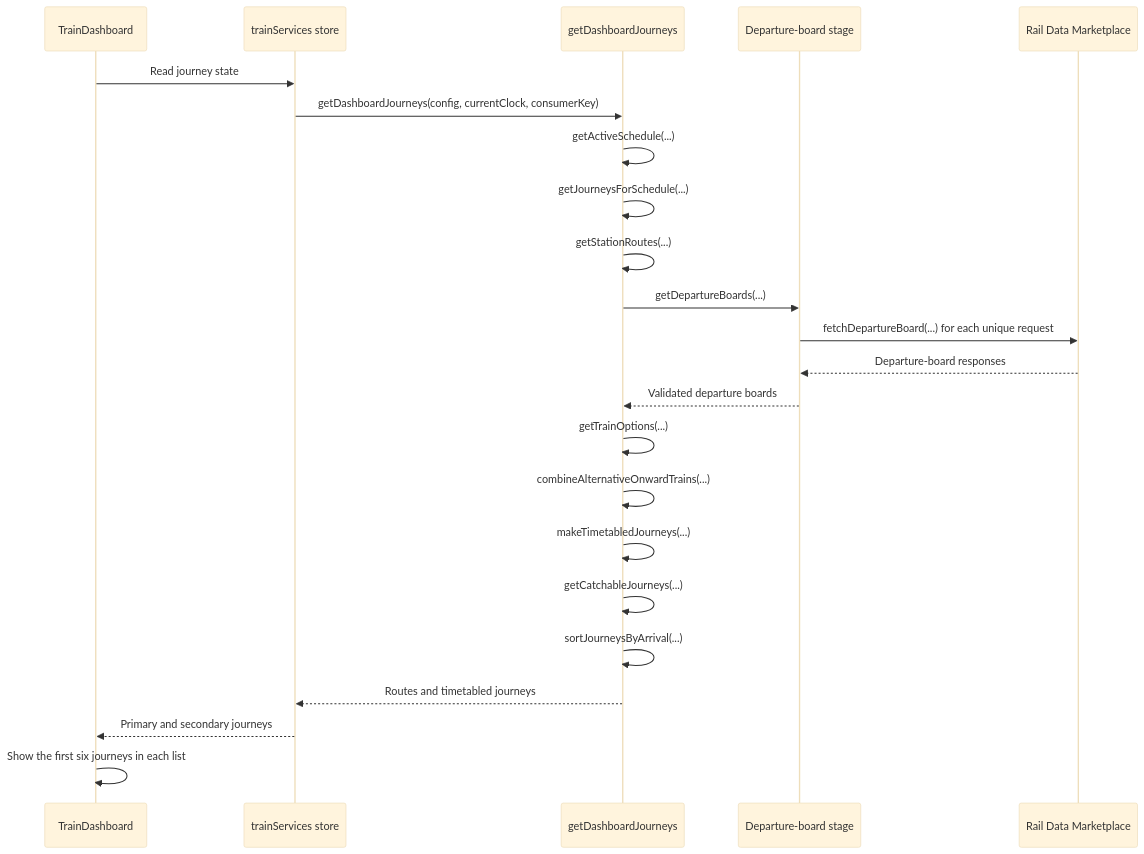
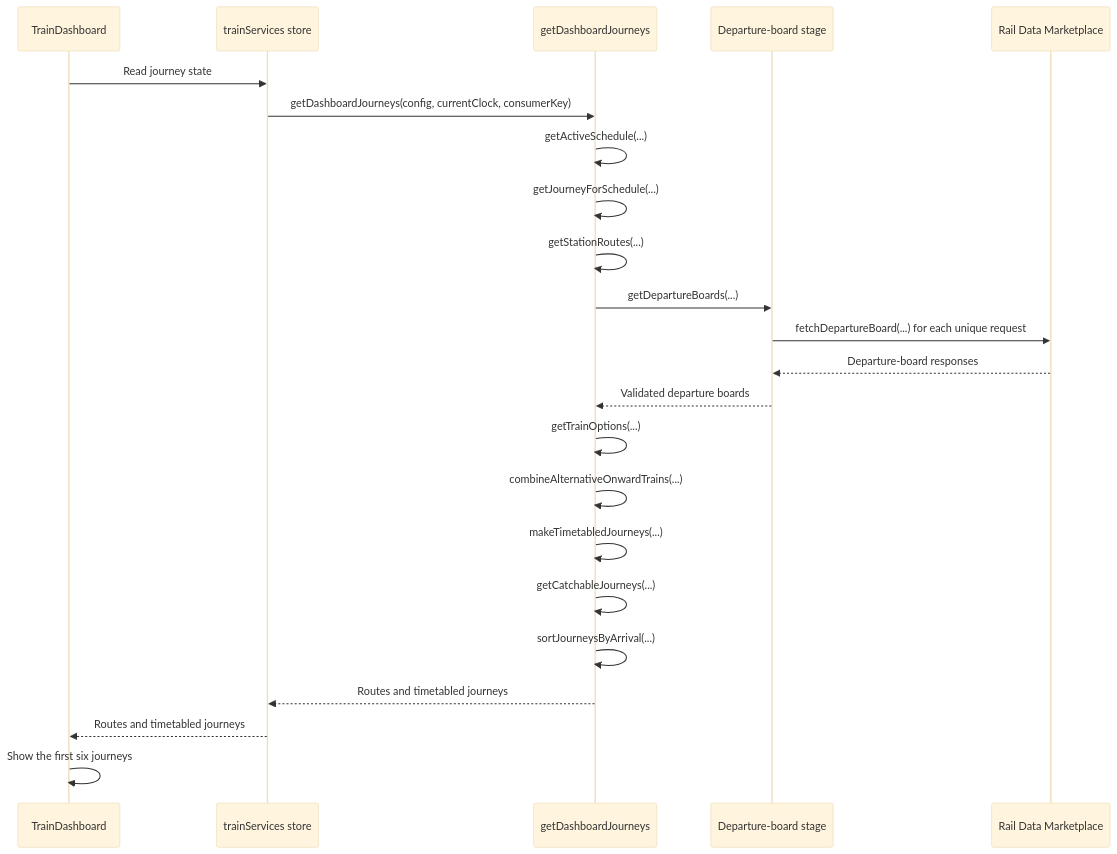
The first of 2 diagrams in docs/journey-planning.md (nd9600/trainDashboard), drawn with Mermaid (base theme) before and after one commit. The commit also changed other lines of this file and 19 other files, not shown here.

Commit message:
removed secondary journeys

````diff
--- a/docs/journey-planning.md
+++ b/docs/journey-planning.md
@@ -31,26 +31,26 @@
 ```mermaid
 sequenceDiagram
     participant UI as TrainDashboard
     participant Store as trainServices store
     participant Pipeline as getDashboardJourneys
     participant Boards as Departure-board stage
     participant API as Rail Data Marketplace
 
     UI->>Store: Read journey state
     Store->>Pipeline: getDashboardJourneys(config, currentClock, consumerKey)
     Pipeline->>Pipeline: getActiveSchedule(...)
-    Pipeline->>Pipeline: getJourneysForSchedule(...)
+    Pipeline->>Pipeline: getJourneyForSchedule(...)
     Pipeline->>Pipeline: getStationRoutes(...)
     Pipeline->>Boards: getDepartureBoards(...)
     Boards->>API: fetchDepartureBoard(...) for each unique request
     API-->>Boards: Departure-board responses
     Boards-->>Pipeline: Validated departure boards
     Pipeline->>Pipeline: getTrainOptions(...)
     Pipeline->>Pipeline: combineAlternativeOnwardTrains(...)
     Pipeline->>Pipeline: makeTimetabledJourneys(...)
     Pipeline->>Pipeline: getCatchableJourneys(...)
     Pipeline->>Pipeline: sortJourneysByArrival(...)
     Pipeline-->>Store: Routes and timetabled journeys
-    Store-->>UI: Primary and secondary journeys
-    UI->>UI: Show the first six journeys in each list
+    Store-->>UI: Routes and timetabled journeys
+    UI->>UI: Show the first six journeys
 ```
````
